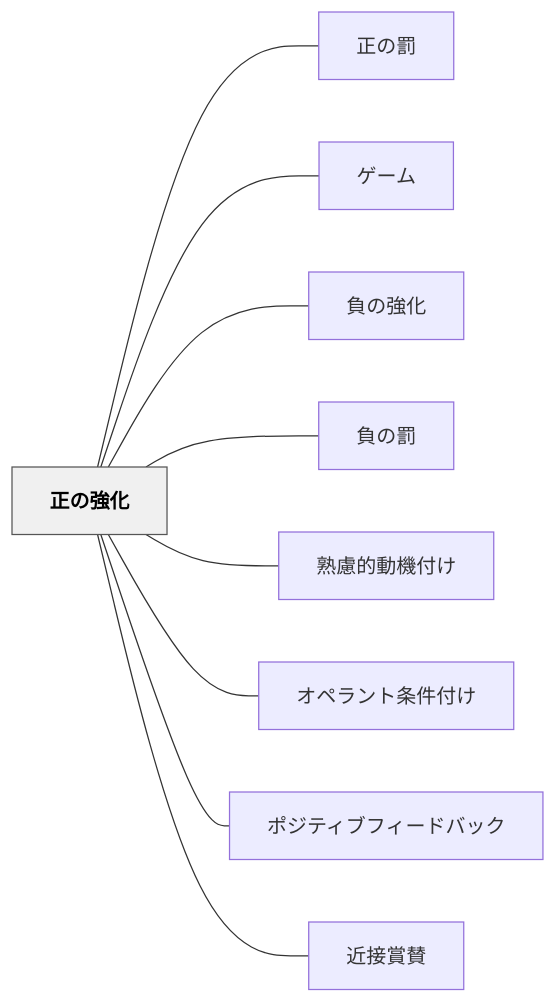
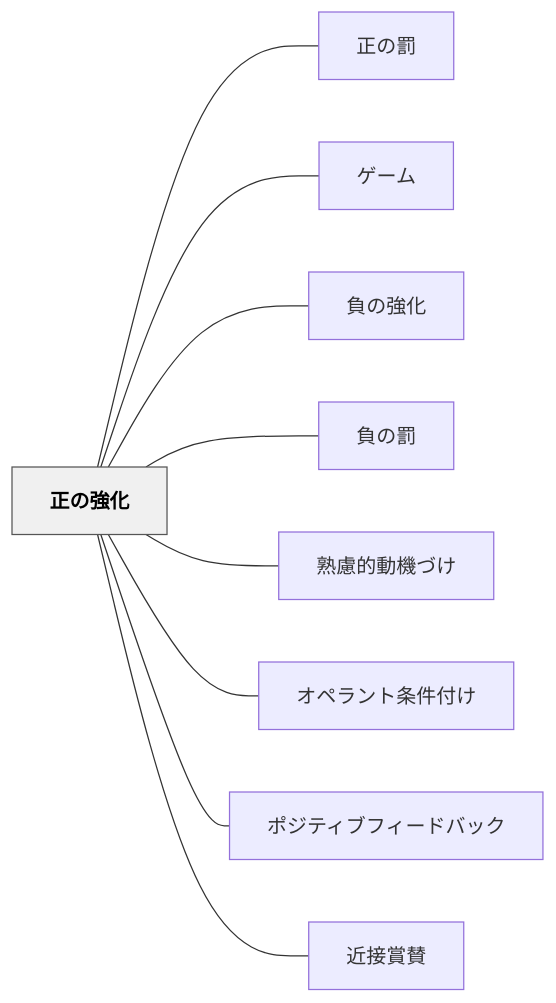
The diagram in content/パタン/正の強化.md (unknownthings-ed-patterns/unknownthings-ed-patterns), drawn with Mermaid before and after one commit. The commit also changed other lines of this file and 234 other files, not shown here.

````diff
--- a/content/パタン/正の強化.md
+++ b/content/パタン/正の強化.md
@@ -37,24 +37,24 @@
 ```mermaid
 flowchart LR
     ne6ada3e381aee5bcb7e58c96["正の強化"]
     ne6ada3e381aee7bdb0["正の罰"]
     ne382b2e383bce383a0["ゲーム"]
     ne8b2a0e381aee5bcb7e58c96["負の強化"]
     ne8b2a0e381aee7bdb0["負の罰"]
-    ne7869fe685aee79a84e58b95e6a99fe4bb98e38191["熟慮的動機付け"]
+    ne7869fe685aee79a84e58b95e6a99fe381a5e38191["熟慮的動機づけ"]
     ne382aae3839ae383a9e383b3e38388e69da1e4bbb6e4bb98e38191["オペラント条件付け"]
     ne3839de382b8e38386e382a3e38396e38395e382a3e383bce38389e38390e38383e382af["ポジティブフィードバック"]
     ne8bf91e68ea5e8b39ee8b39b["近接賞賛"]
 
     ne6ada3e381aee5bcb7e58c96 --- ne6ada3e381aee7bdb0
     ne6ada3e381aee5bcb7e58c96 --- ne382b2e383bce383a0
     ne6ada3e381aee5bcb7e58c96 --- ne8b2a0e381aee5bcb7e58c96
     ne6ada3e381aee5bcb7e58c96 --- ne8b2a0e381aee7bdb0
-    ne6ada3e381aee5bcb7e58c96 --- ne7869fe685aee79a84e58b95e6a99fe4bb98e38191
+    ne6ada3e381aee5bcb7e58c96 --- ne7869fe685aee79a84e58b95e6a99fe381a5e38191
     ne6ada3e381aee5bcb7e58c96 --- ne382aae3839ae383a9e383b3e38388e69da1e4bbb6e4bb98e38191
     ne6ada3e381aee5bcb7e58c96 --- ne3839de382b8e38386e382a3e38396e38395e382a3e383bce38389e38390e38383e382af
     ne6ada3e381aee5bcb7e58c96 --- ne8bf91e68ea5e8b39ee8b39b
 
     classDef hub fill:#f0f0f0,stroke:#555,color:#000,font-weight:bold
     class ne6ada3e381aee5bcb7e58c96 hub
 ```
````
